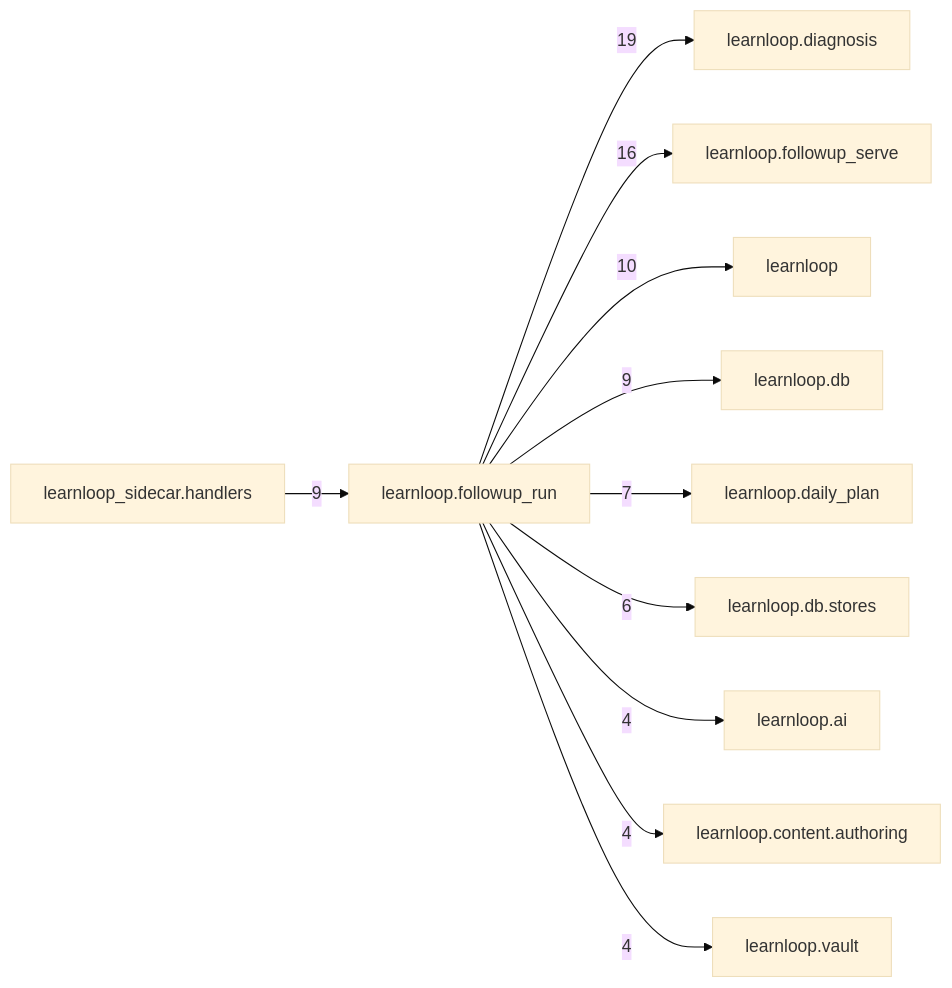
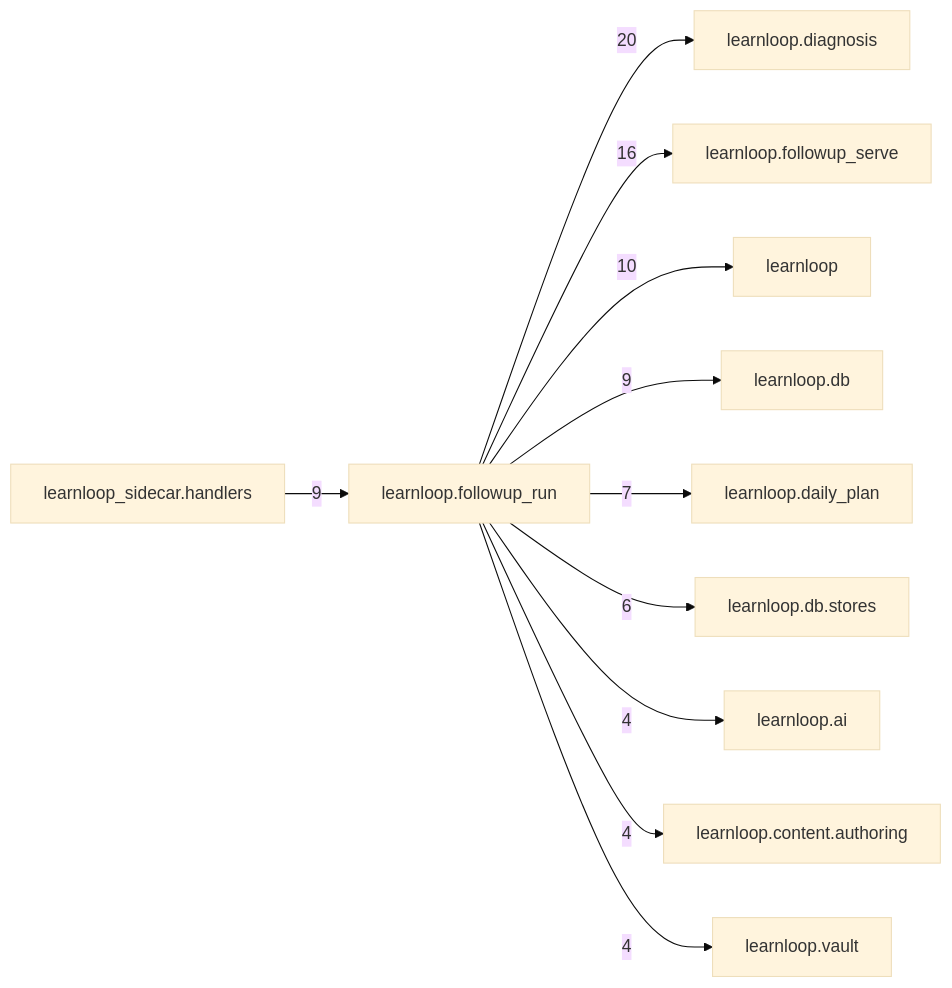
Before and after one commit to 6up-b/learnanything: the diagram in docs/learnloop-architecture-vault/Reference/Modules/learnloop/followup_run/_package.md, drawn with Mermaid (base theme). The commit also changed other lines of this file and 32 other files, not shown here.

````diff
--- a/docs/learnloop-architecture-vault/Reference/Modules/learnloop/followup_run/_package.md
+++ b/docs/learnloop-architecture-vault/Reference/Modules/learnloop/followup_run/_package.md
@@ -97,24 +97,24 @@
 ```mermaid
 flowchart LR
     center["learnloop.followup_run"]
     n_learnloop_diagnosis["learnloop.diagnosis"]
     n_learnloop_followup_serve["learnloop.followup_serve"]
     n_learnloop["learnloop"]
     n_learnloop_db["learnloop.db"]
     n_learnloop_sidecar_handlers["learnloop_sidecar.handlers"]
     n_learnloop_daily_plan["learnloop.daily_plan"]
     n_learnloop_db_stores["learnloop.db.stores"]
     n_learnloop_ai["learnloop.ai"]
     n_learnloop_content_authoring["learnloop.content.authoring"]
     n_learnloop_vault["learnloop.vault"]
-    center -->|19| n_learnloop_diagnosis
+    center -->|20| n_learnloop_diagnosis
     center -->|16| n_learnloop_followup_serve
     center -->|10| n_learnloop
     center -->|9| n_learnloop_db
     n_learnloop_sidecar_handlers -->|9| center
     center -->|7| n_learnloop_daily_plan
     center -->|6| n_learnloop_db_stores
     center -->|4| n_learnloop_ai
     center -->|4| n_learnloop_content_authoring
     center -->|4| n_learnloop_vault
 ```
````
